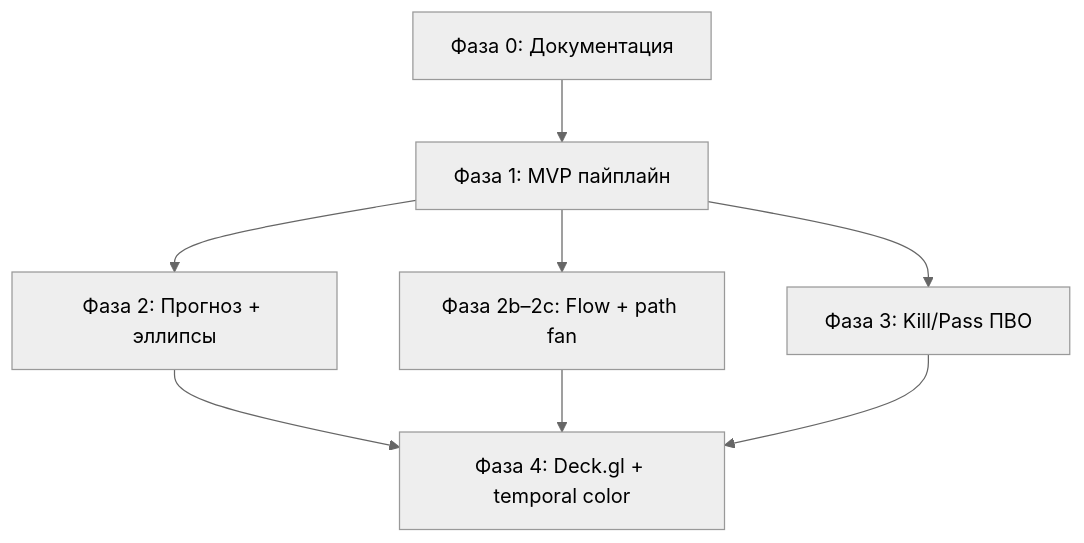
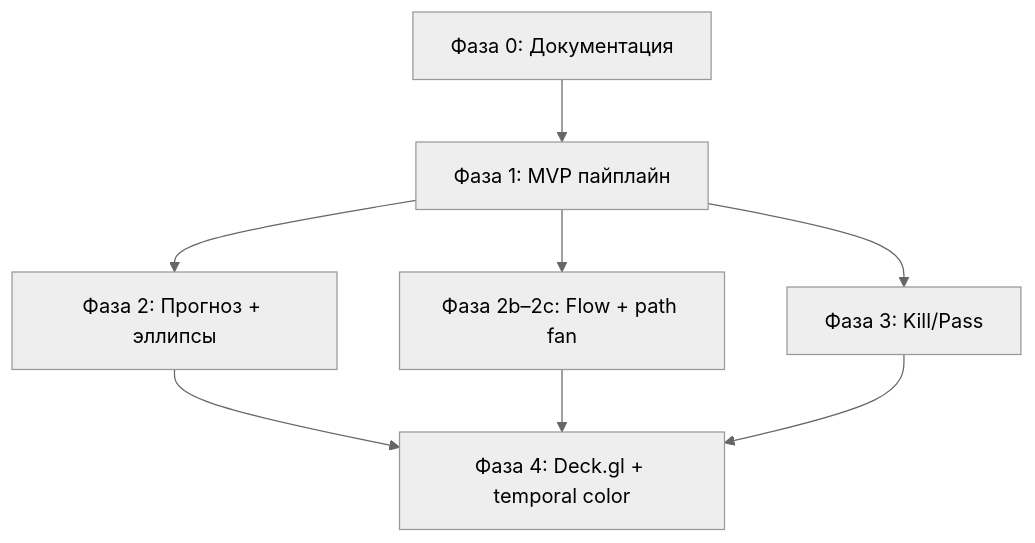
One commit to exclusiveLogin/radar changed the first of 2 diagrams in docs/roadmap-tracking-forecasting.md. Above: the diagram before and after it, drawn with Mermaid (neutral theme). The commit also changed other lines of this file and 18 other files, not shown here.

````diff
--- a/docs/roadmap-tracking-forecasting.md
+++ b/docs/roadmap-tracking-forecasting.md
@@ -49,16 +49,16 @@
 ```mermaid
 flowchart TB
   P0[Фаза 0: Документация]
   P1[Фаза 1: MVP пайплайн]
   P2[Фаза 2: Прогноз + эллипсы]
   P2b[Фаза 2b–2c: Flow + path fan]
-  P3[Фаза 3: Kill/Pass ПВО]
+  P3[Фаза 3: Kill/Pass]
   P4[Фаза 4: Deck.gl + temporal color]
   P0 --> P1
   P1 --> P2
   P1 --> P2b
   P1 --> P3
   P2 --> P4
   P2b --> P4
   P3 --> P4
 ```
````
